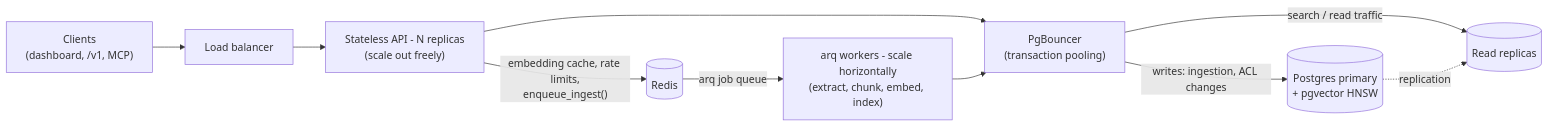
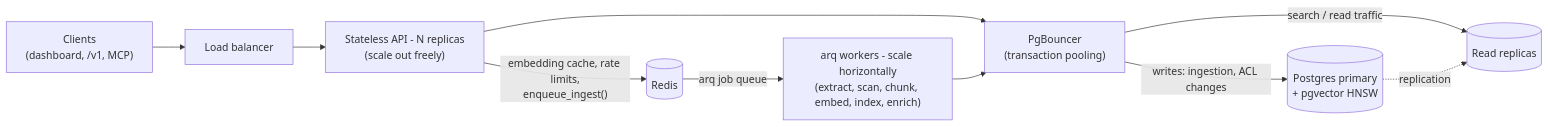
One commit to km322/Third-Brain changed the third of 3 diagrams in docs/SCALING.md. Above: the diagram before and after it, drawn with Mermaid. The commit also changed other lines of this file and 36 other files, not shown here.

````diff
--- a/docs/SCALING.md
+++ b/docs/SCALING.md
@@ -120,12 +120,12 @@
 ```mermaid
 flowchart LR
     clients["Clients<br/>(dashboard, /v1, MCP)"] --> lb["Load balancer"]
     lb --> api["Stateless API - N replicas<br/>(scale out freely)"]
     api -->|"embedding cache, rate limits,<br/>enqueue_ingest()"| redis[("Redis")]
-    redis -->|"arq job queue"| workers["arq workers - scale horizontally<br/>(extract, chunk, embed, index)"]
+    redis -->|"arq job queue"| workers["arq workers - scale horizontally<br/>(extract, scan, chunk, embed, index, enrich)"]
     api --> pgb["PgBouncer<br/>(transaction pooling)"]
     workers --> pgb
     pgb -->|"writes: ingestion, ACL changes"| primary[("Postgres primary<br/>+ pgvector HNSW")]
     pgb -->|"search / read traffic"| replicas[("Read replicas")]
     primary -.->|"replication"| replicas
 ```
````
